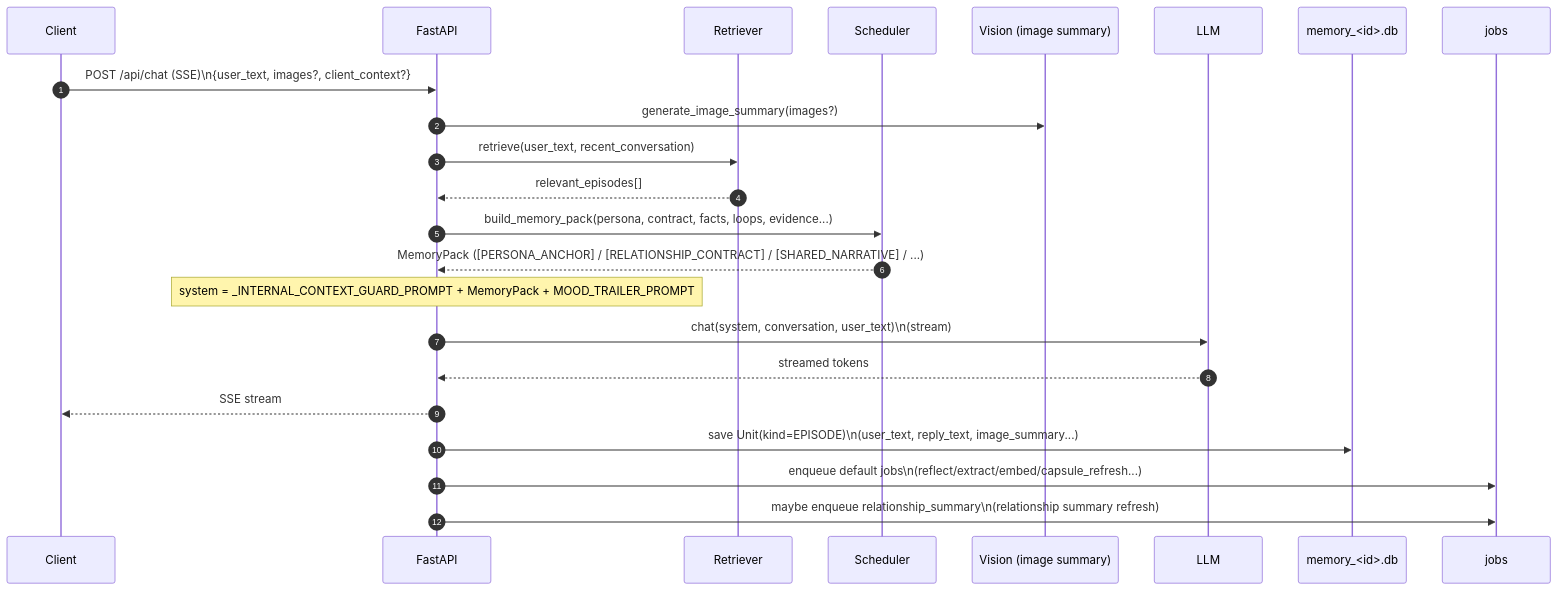
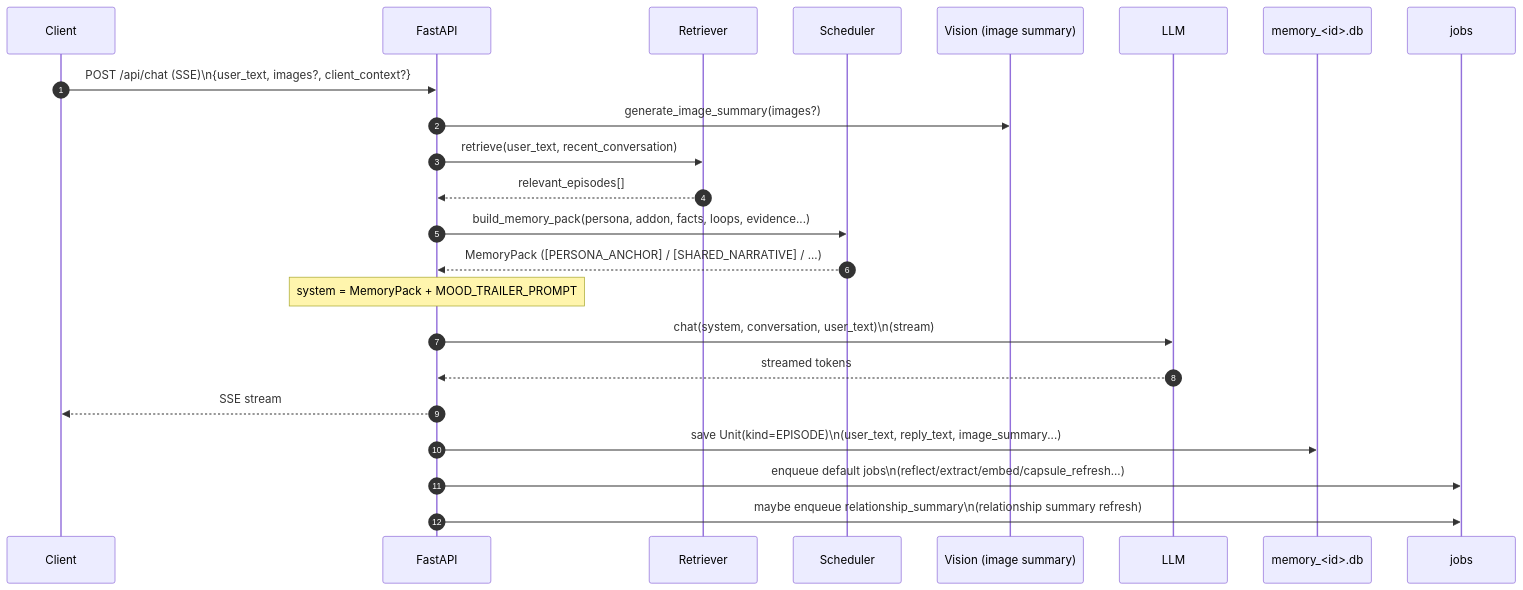
The third of 4 diagrams in docs/prompt_usage_map.md (hirona98/cocoro_ghost), drawn with Mermaid before and after one commit. The commit also changed other lines of this file and 17 other files, not shown here.

````diff
--- a/docs/prompt_usage_map.md
+++ b/docs/prompt_usage_map.md
@@ -160,26 +159,26 @@
 ```mermaid
 sequenceDiagram
   autonumber
   participant UI as Client
   participant API as FastAPI
   participant RET as Retriever
   participant SCH as Scheduler
   participant VIS as Vision (image summary)
   participant LLM as LLM
   participant DB as memory_<id>.db
   participant Q as jobs
 
   UI->>API: POST /api/chat (SSE)\n{user_text, images?, client_context?}
   API->>VIS: generate_image_summary(images?)
   API->>RET: retrieve(user_text, recent_conversation)
   RET-->>API: relevant_episodes[]
-  API->>SCH: build_memory_pack(persona, contract, facts, loops, evidence...)
-  SCH-->>API: MemoryPack ([PERSONA_ANCHOR] / [RELATIONSHIP_CONTRACT] / [SHARED_NARRATIVE] / ...)
-  Note over API: system = _INTERNAL_CONTEXT_GUARD_PROMPT + MemoryPack + MOOD_TRAILER_PROMPT
+  API->>SCH: build_memory_pack(persona, addon, facts, loops, evidence...)
+  SCH-->>API: MemoryPack ([PERSONA_ANCHOR] / [SHARED_NARRATIVE] / ...)
+  Note over API: system = MemoryPack + MOOD_TRAILER_PROMPT
   API->>LLM: chat(system, conversation, user_text)\n(stream)
   LLM-->>API: streamed tokens
   API-->>UI: SSE stream
   API->>DB: save Unit(kind=EPISODE)\n(user_text, reply_text, image_summary...)
   API->>Q: enqueue default jobs\n(reflect/extract/embed/capsule_refresh...)
   API->>Q: maybe enqueue relationship_summary\n(relationship summary refresh)
 ```
````
